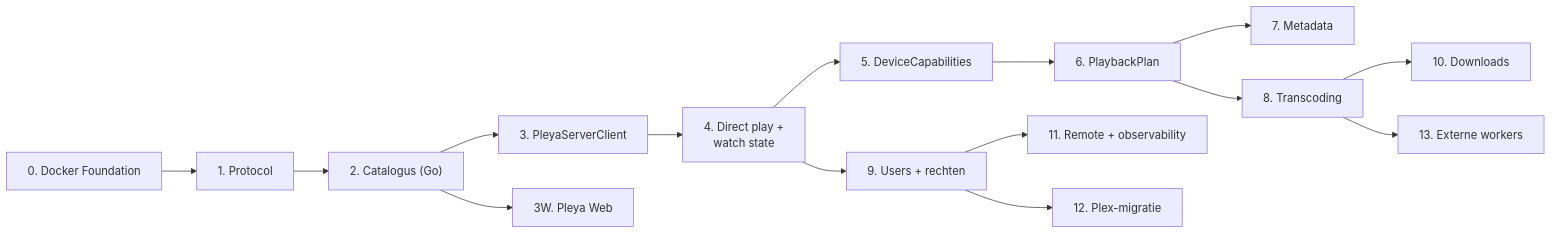
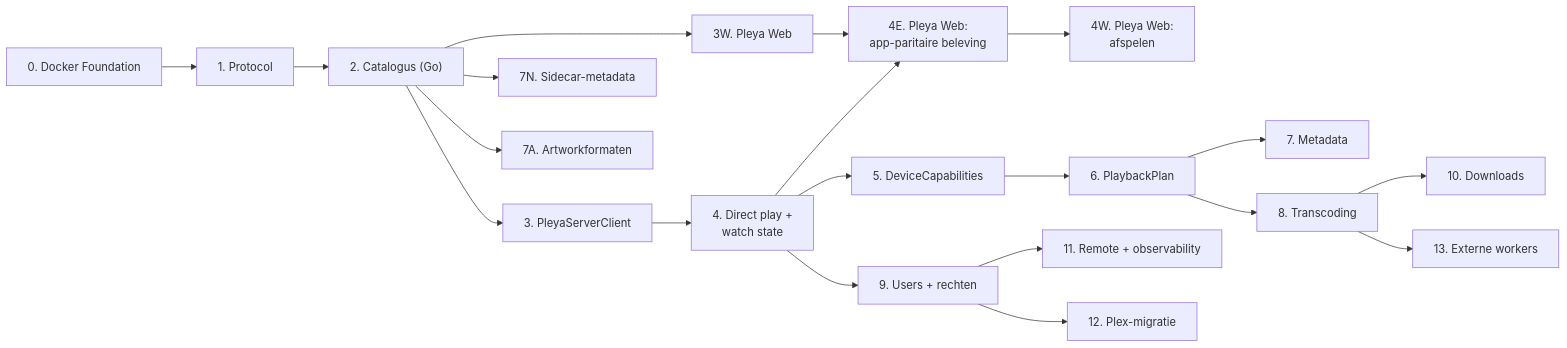
One commit to michelknoop21/pleya changed the sixth of 6 diagrams in docs/pleya-server-architecture.md. Above: the diagram before and after it, drawn with Mermaid. The commit also changed other lines of this file and 5 other files, not shown here.

````diff
--- a/docs/pleya-server-architecture.md
+++ b/docs/pleya-server-architecture.md
@@ -1552,17 +1552,22 @@
 ```mermaid
 flowchart LR
   P0["0. Docker Foundation"] --> P1["1. Protocol"]
   P1 --> P2["2. Catalogus (Go)"]
   P2 --> P3["3. PleyaServerClient"]
   P2 --> P3W["3W. Pleya Web"]
   P3 --> P4["4. Direct play +<br/>watch state"]
+  P3W --> P4E["4E. Pleya Web:<br/>app-paritaire beleving"]
+  P4 --> P4E
+  P4E --> P4W["4W. Pleya Web:<br/>afspelen"]
   P4 --> P5["5. DeviceCapabilities"]
   P5 --> P6["6. PlaybackPlan"]
   P6 --> P7["7. Metadata"]
+  P2 --> P7N["7N. Sidecar-metadata"]
+  P2 --> P7A["7A. Artworkformaten"]
   P6 --> P8["8. Transcoding"]
   P4 --> P9["9. Users + rechten"]
   P8 --> P10["10. Downloads"]
   P9 --> P11["11. Remote + observability"]
   P9 --> P12["12. Plex-migratie"]
   P8 --> P13["13. Externe workers"]
 ```
````
